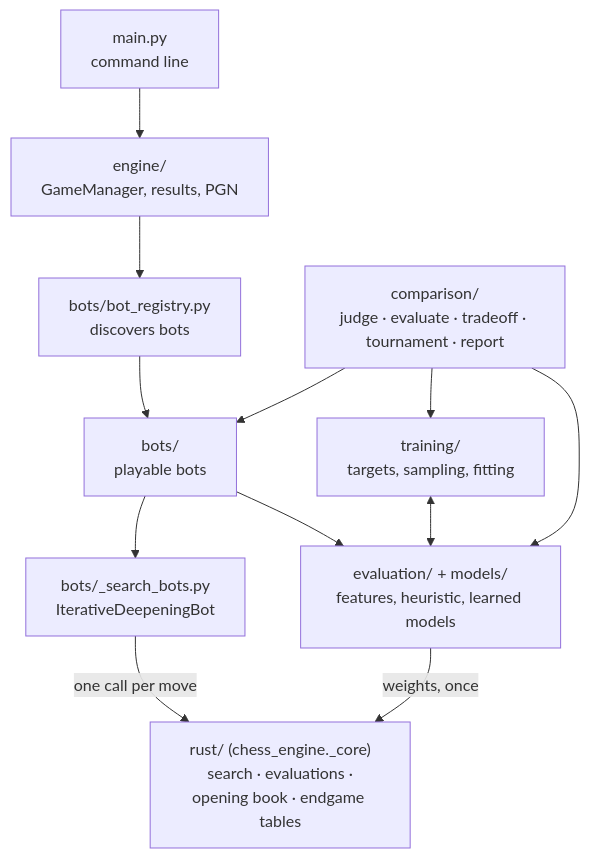
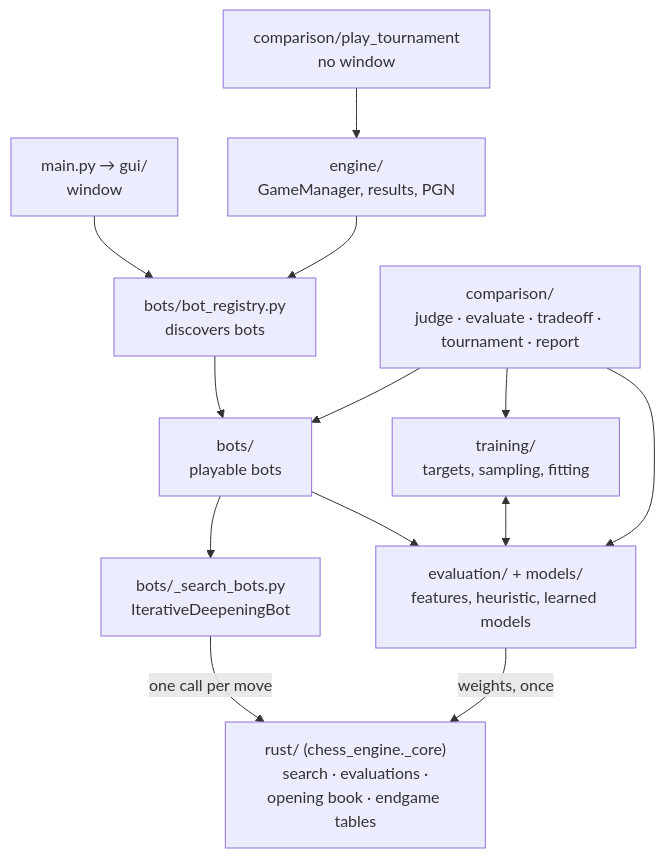
One commit to JoaquinDeVA/chess-ai-engine changed the first of 3 diagrams in docs/ARCHITECTURE.md. Above: the diagram before and after it, drawn with Mermaid. The commit also changed other lines of this file and 14 other files, not shown here.

Commit message:
refactor: drop the console game; docs for the window and the two entries

````diff
--- a/docs/ARCHITECTURE.md
+++ b/docs/ARCHITECTURE.md
@@ -15,14 +15,15 @@
 ```mermaid
 flowchart TB
-    CLI["main.py<br/>command line"] --> GM["engine/<br/>GameManager, results, PGN"]
+    WIN["main.py → gui/<br/>window"] --> REG
+    TOURN["comparison/play_tournament<br/>no window"] --> GM["engine/<br/>GameManager, results, PGN"]
     GM --> REG["bots/bot_registry.py<br/>discovers bots"]
     REG --> BOTS["bots/<br/>playable bots"]
     BOTS --> BASES["bots/_search_bots.py<br/>IterativeDeepeningBot"]
     BASES -->|"one call per move"| CORE["rust/ (chess_engine._core)<br/>search · evaluations ·<br/>opening book · endgame tables"]
     BOTS --> EVAL["evaluation/ + models/<br/>features, heuristic, learned models"]
     EVAL -->|"weights, once"| CORE
     TRAIN["training/<br/>targets, sampling, fitting"] <--> EVAL
     COMP["comparison/<br/>judge · evaluate · tradeoff · tournament · report"] --> TRAIN
     COMP --> EVAL
     COMP --> BOTS
 ```
````
